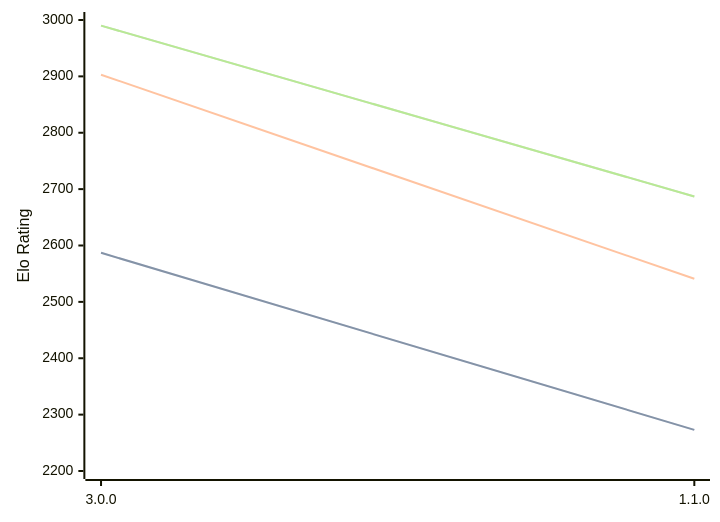
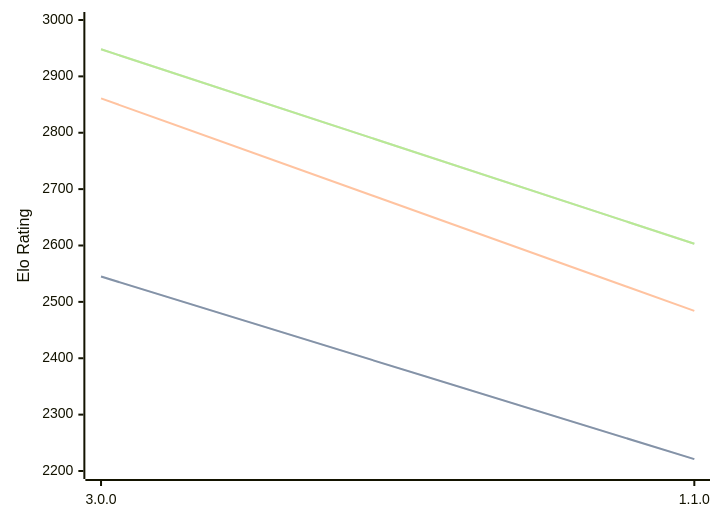
One commit to computer-chess-index/cci changed the diagram in engines/Potential.md. Above: the diagram before and after it, drawn with Mermaid. The commit also changed other lines of this file, not shown here.

Commit message:
Update CCI Ratings (ELO VLTC) - 2026-05-19

````diff
--- a/engines/Potential.md
+++ b/engines/Potential.md
@@ -34,11 +34,11 @@
 ```mermaid
 %%{init: {"theme":"base","themeVariables":{"seriesColors:['#a3a3a3','#222221','#faa371']}}}%%
 xychart-beta
   x-axis ["3.0.0", "1.1.0"]
   y-axis "Elo Rating" 2200 --> 3000
-  line "STC (8.0+0.08s)" [2587, 2273]
-  line "STC (8.0+0.08s)" [2587, 2273]
-  line "LTC (60.0+0.60s)" [2903, 2541]
-  line "VLTC (2m24s+1.12s)" [2990, 2687]
-  line "VLTC (2m24s+1.12s)" [2990, 2687]
+  line "STC (8.0+0.08s)" [2545, 2221]
+  line "STC (8.0+0.08s)" [2545, 2221]
+  line "LTC (60.0+0.60s)" [2861, 2484]
+  line "VLTC (2m24s+1.12s)" [2948, 2603]
+  line "VLTC (2m24s+1.12s)" [2948, 2603]
 ```
````
